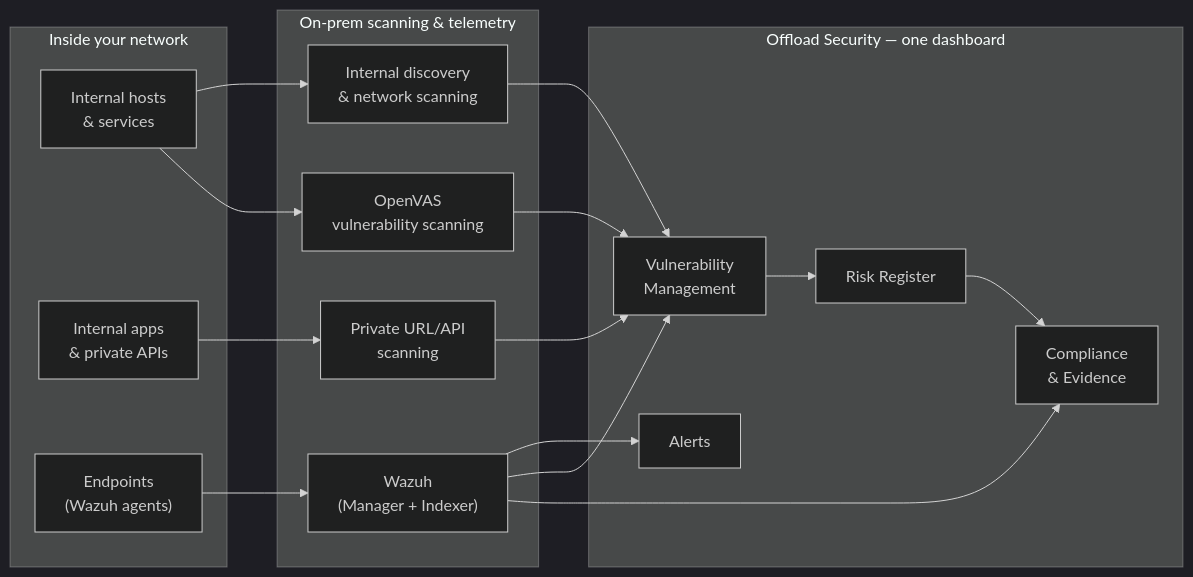
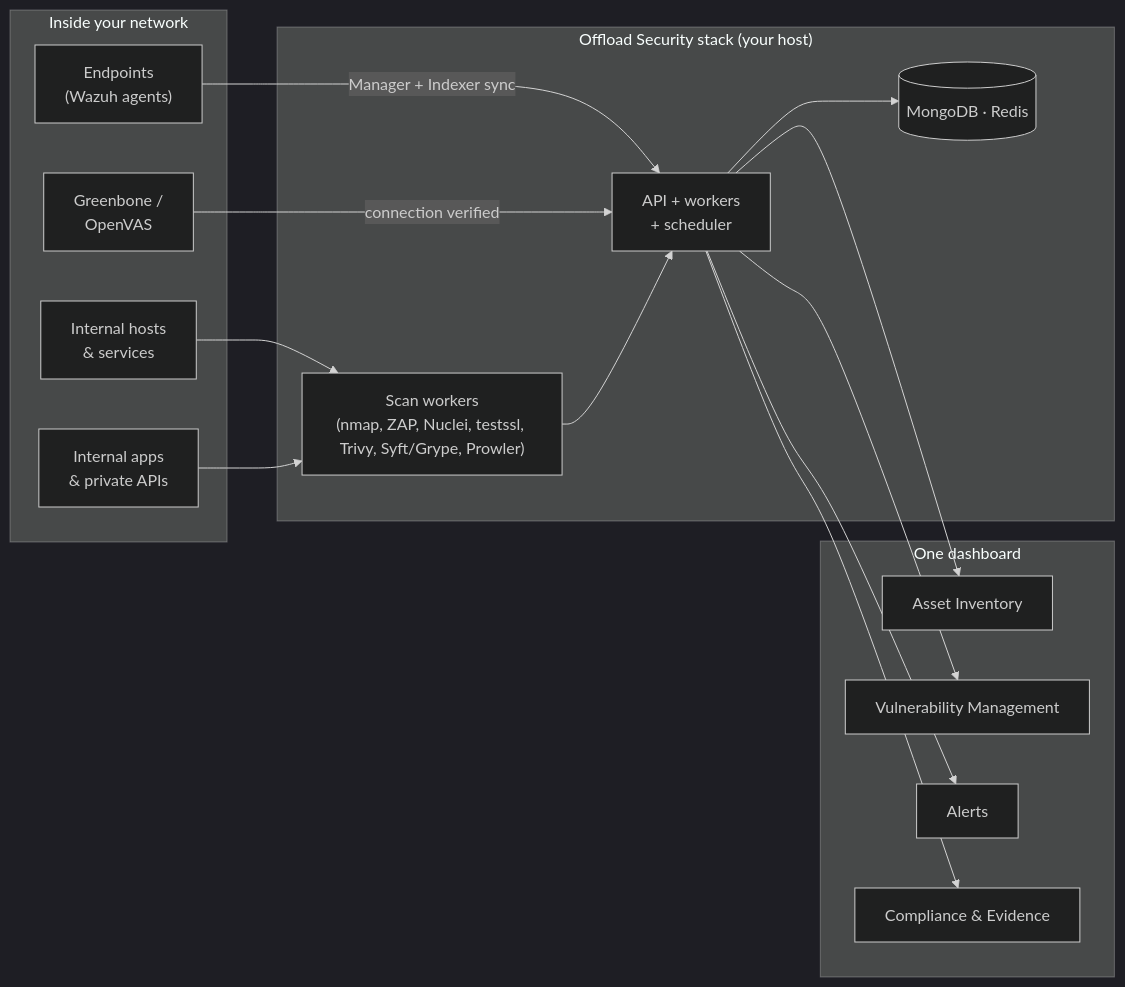
Before and after one commit to niteshsaini/offloadsecurity-docs: the diagram in docs/on-premises/index.mdx, drawn with Mermaid (dark theme). The commit also changed other lines of this file and 10 other files, not shown here.

````diff
--- a/docs/on-premises/index.mdx
+++ b/docs/on-premises/index.mdx
@@ -41,29 +40,26 @@
 ```mermaid
 flowchart LR
     subgraph Internal["Inside your network"]
         HOSTS["Internal hosts<br/>& services"]
         APPS["Internal apps<br/>& private APIs"]
         EP["Endpoints<br/>(Wazuh agents)"]
+        GV["Greenbone /<br/>OpenVAS"]
     end
-
-    subgraph Engines["On-prem scanning & telemetry"]
-        NET["Internal discovery<br/>& network scanning"]
-        URL["Private URL/API<br/>scanning"]
-        OV["OpenVAS<br/>vulnerability scanning"]
-        WZ["Wazuh<br/>(Manager + Indexer)"]
+    subgraph Stack["Offload Security stack (your host)"]
+        WK["Scan workers<br/>(nmap, ZAP, Nuclei, testssl, Trivy, Syft/Grype, Prowler)"]
+        API["API + workers<br/>+ scheduler"]
+        DB[("MongoDB · Redis")]
     end
-
-    subgraph Platform["Offload Security — one dashboard"]
-        VM["Vulnerability<br/>Management"]
+    subgraph Views["One dashboard"]
+        INV["Asset Inventory"]
+        VM["Vulnerability Management"]
         AL["Alerts"]
-        CMP["Compliance<br/>& Evidence"]
-        RR["Risk Register"]
+        CMP["Compliance & Evidence"]
     end
-
-    HOSTS --> NET & OV
-    APPS --> URL
-    EP --> WZ
-    NET & URL & OV --> VM
-    WZ --> AL & VM & CMP
-    VM --> RR --> CMP
+    HOSTS --> WK
+    APPS --> WK
+    EP --> |Manager + Indexer sync| API
+    GV --> |connection verified| API
+    WK --> API --> DB
+    API --> INV & VM & AL & CMP
 ```
````
